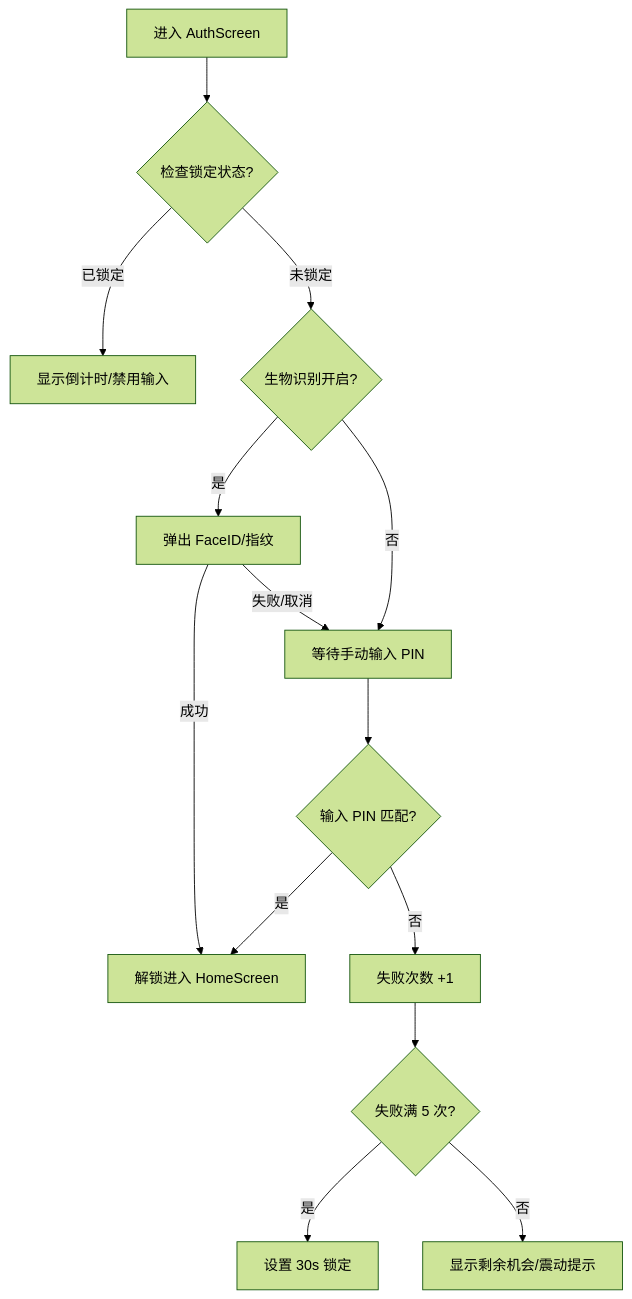
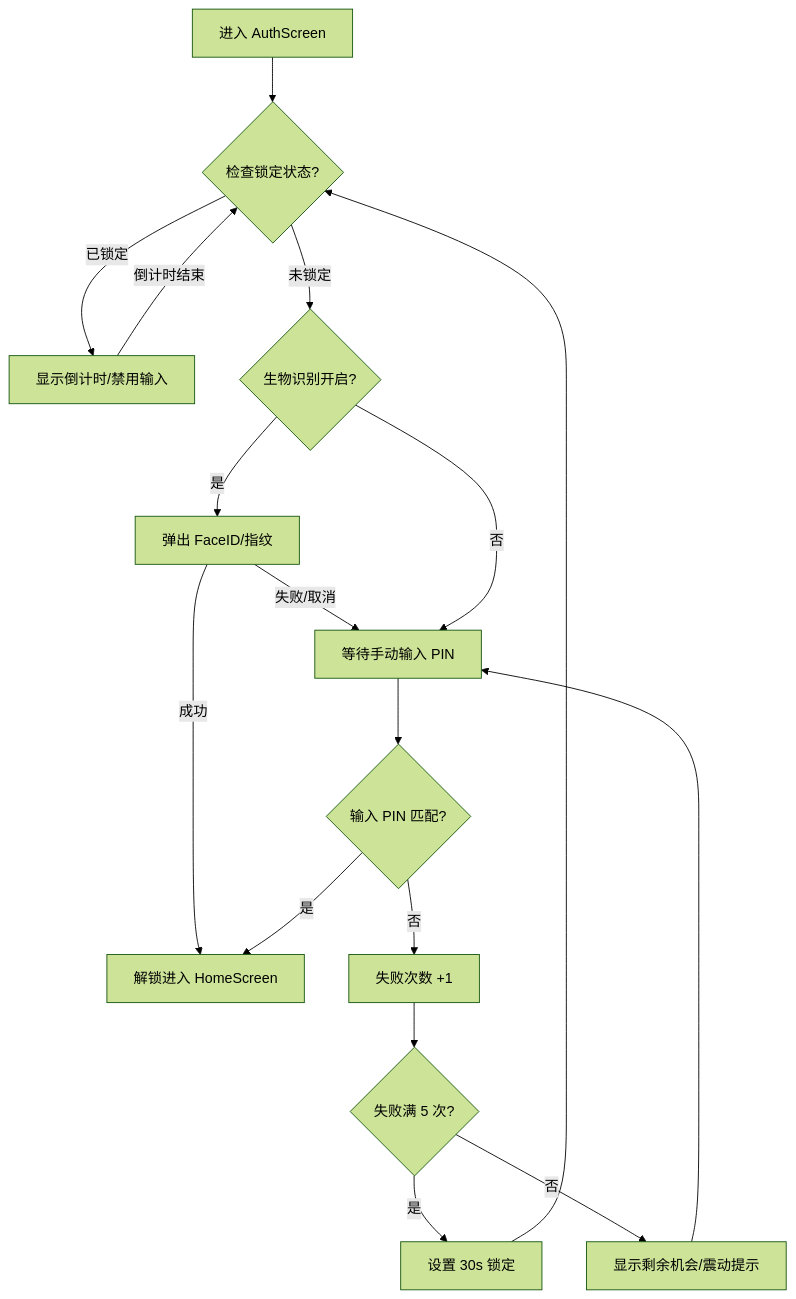
The diagram in docs/auth.md (jiacai2050/flauth), drawn with Mermaid (forest theme) before and after one commit. The commit also changed other lines of this file and 1 other file, not shown here.

Commit message:
update flowchart

````diff
--- a/docs/auth.md
+++ b/docs/auth.md
@@ -31,16 +34,19 @@
 ```mermaid
 graph TD
     A[进入 AuthScreen] --> L{检查锁定状态?}
     L -- 已锁定 --> M[显示倒计时/禁用输入]
+    M --> |倒计时结束| L
     L -- 未锁定 --> B{生物识别开启?}
     B -- 是 --> C[弹出 FaceID/指纹]
     C -- 成功 --> D[解锁进入 HomeScreen]
     C -- 失败/取消 --> E[等待手动输入 PIN]
     B -- 否 --> E
     E --> F{输入 PIN 匹配?}
     F -- 是 --> D
     F -- 否 --> G[失败次数 +1]
     G --> H{失败满 5 次?}
     H -- 是 --> I[设置 30s 锁定]
+    I --> L
     H -- 否 --> J[显示剩余机会/震动提示]
+    J --> E
 ```
````
